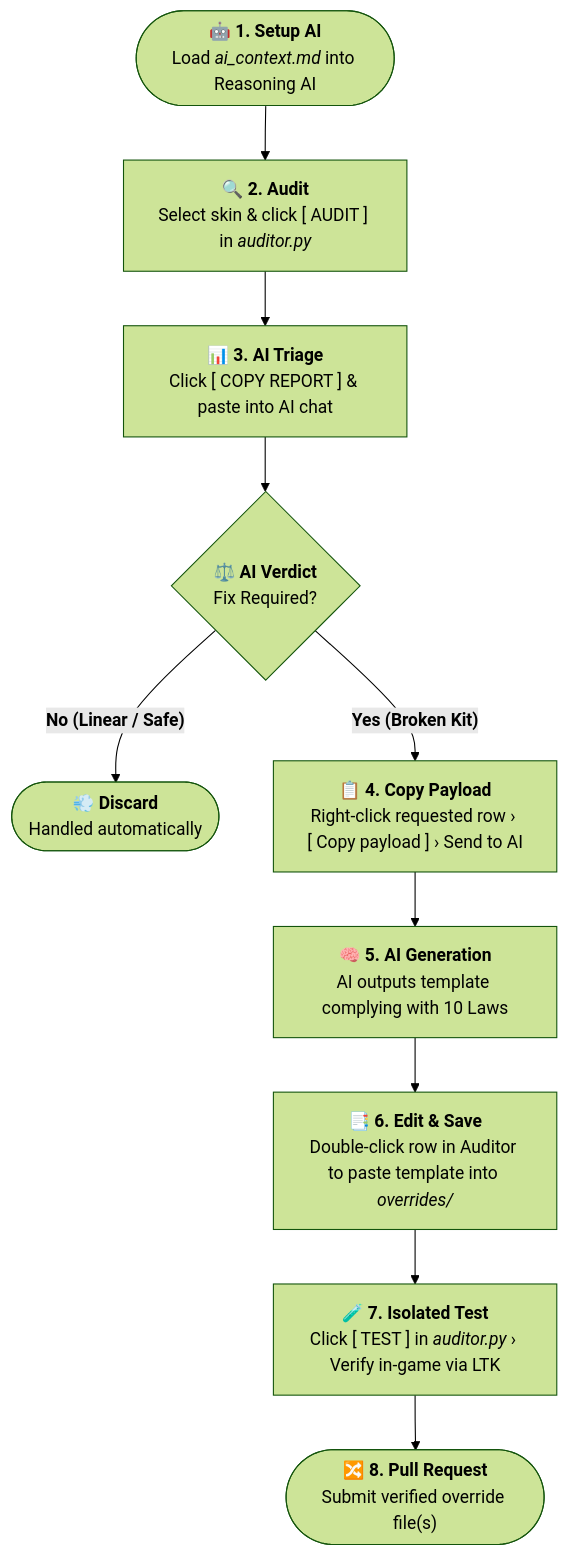
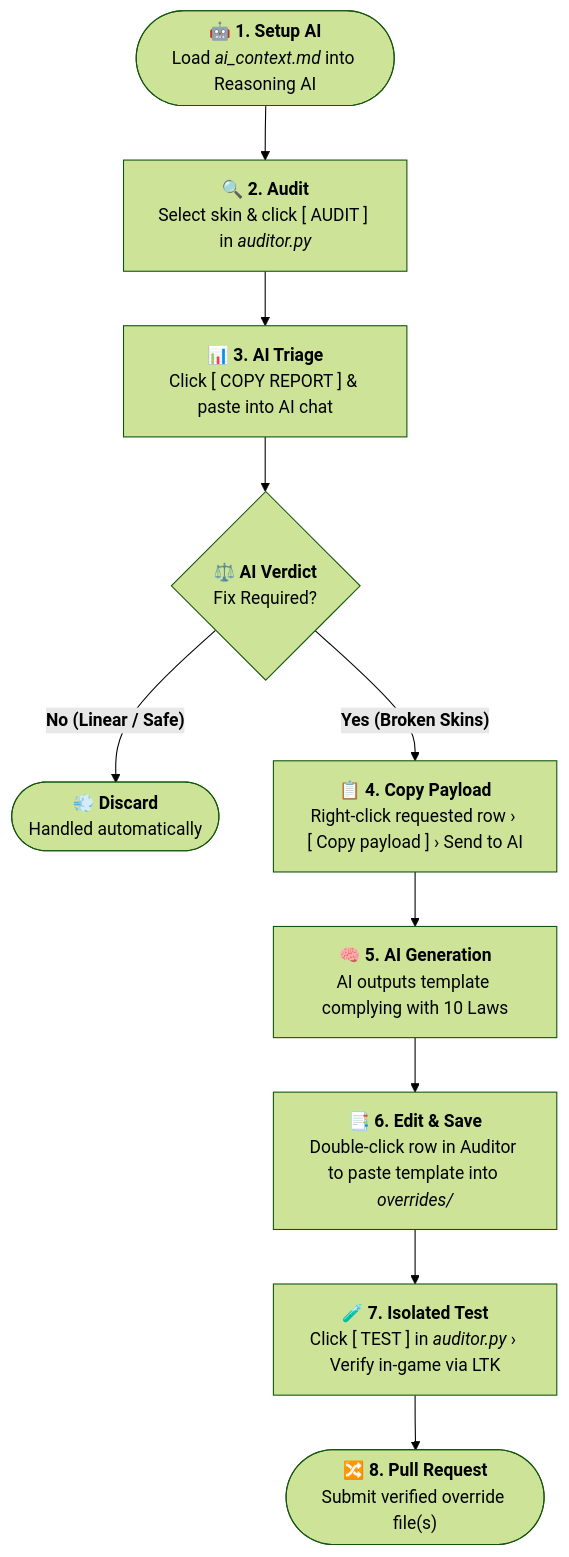
One commit to gsmeven/vanilla-true-builder changed the diagram in CONTRIBUTING.md. Above: the diagram before and after it, drawn with Mermaid (forest theme).

Commit message:
release: v1.8.3

````diff
--- a/CONTRIBUTING.md
+++ b/CONTRIBUTING.md
@@ -23,12 +23,12 @@
 ```mermaid
 flowchart TD
     A(["<b>🤖 1. Setup AI</b>\nLoad <i>ai_context.md</i> into Reasoning AI"]) --> B["<b>🔍 2. Audit</b>\nSelect skin & click [ AUDIT ] in <i>auditor.py</i>"]
     B --> C["<b>📊 3. AI Triage</b>\nClick [ COPY REPORT ] & paste into AI chat"]
     C --> D{"<b>⚖️ AI Verdict</b>\nFix Required?"}
     D -- "<b>No (Linear / Safe)</b>" --> E(["<b>💨 Discard</b>\nHandled automatically"])
-    D -- "<b>Yes (Broken Kit)</b>" --> F["<b>📋 4. Copy Payload</b>\nRight-click requested row › [ Copy payload ] › Send to AI"]
+    D -- "<b>Yes (Broken Skins)</b>" --> F["<b>📋 4. Copy Payload</b>\nRight-click requested row › [ Copy payload ] › Send to AI"]
     F --> G["<b>🧠 5. AI Generation</b>\nAI outputs template complying with 10 Laws"]
     G --> H["<b>📑 6. Edit & Save</b>\nDouble-click row in Auditor to paste template into <i>overrides/</i>"]
     H --> I["<b>🧪 7. Isolated Test</b>\nClick [ TEST ] in <i>auditor.py</i> › Verify in-game via LTK"]
     I --> J(["<b>🔀 8. Pull Request</b>\nSubmit verified override file(s)"])
 ```
````
